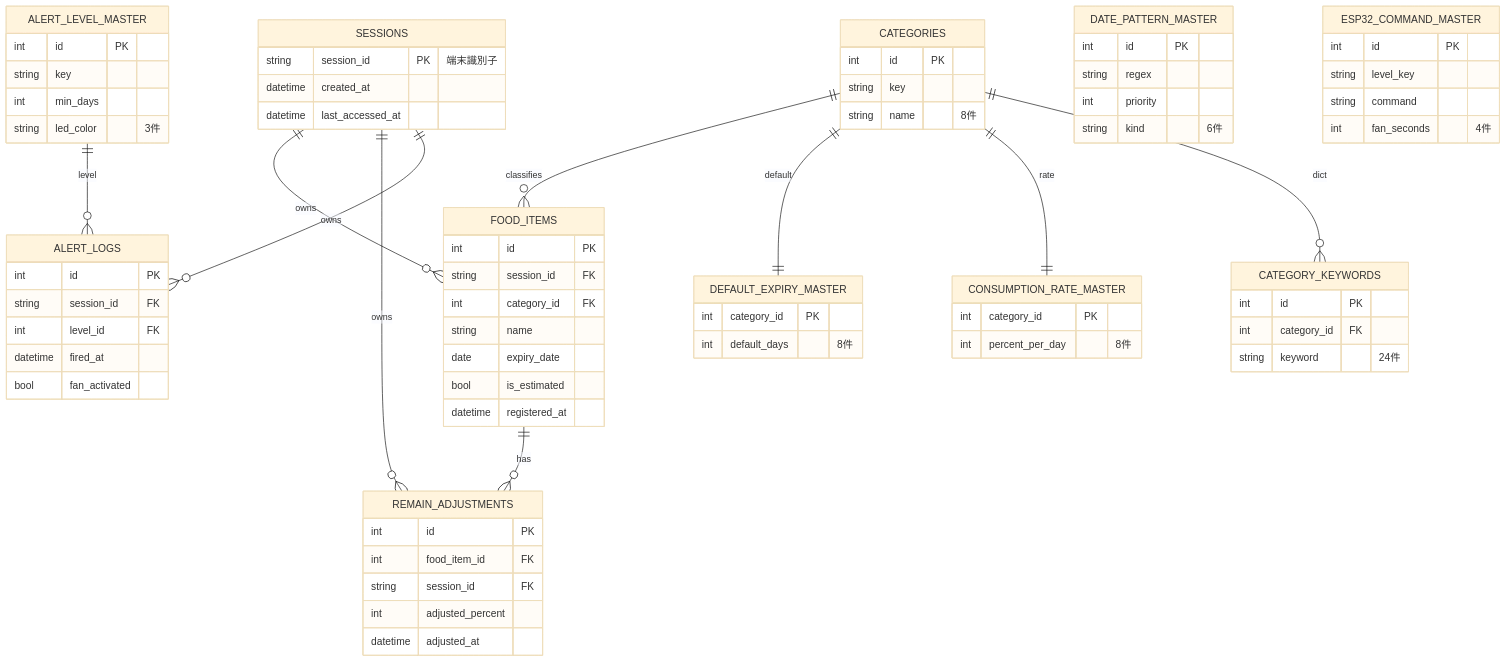
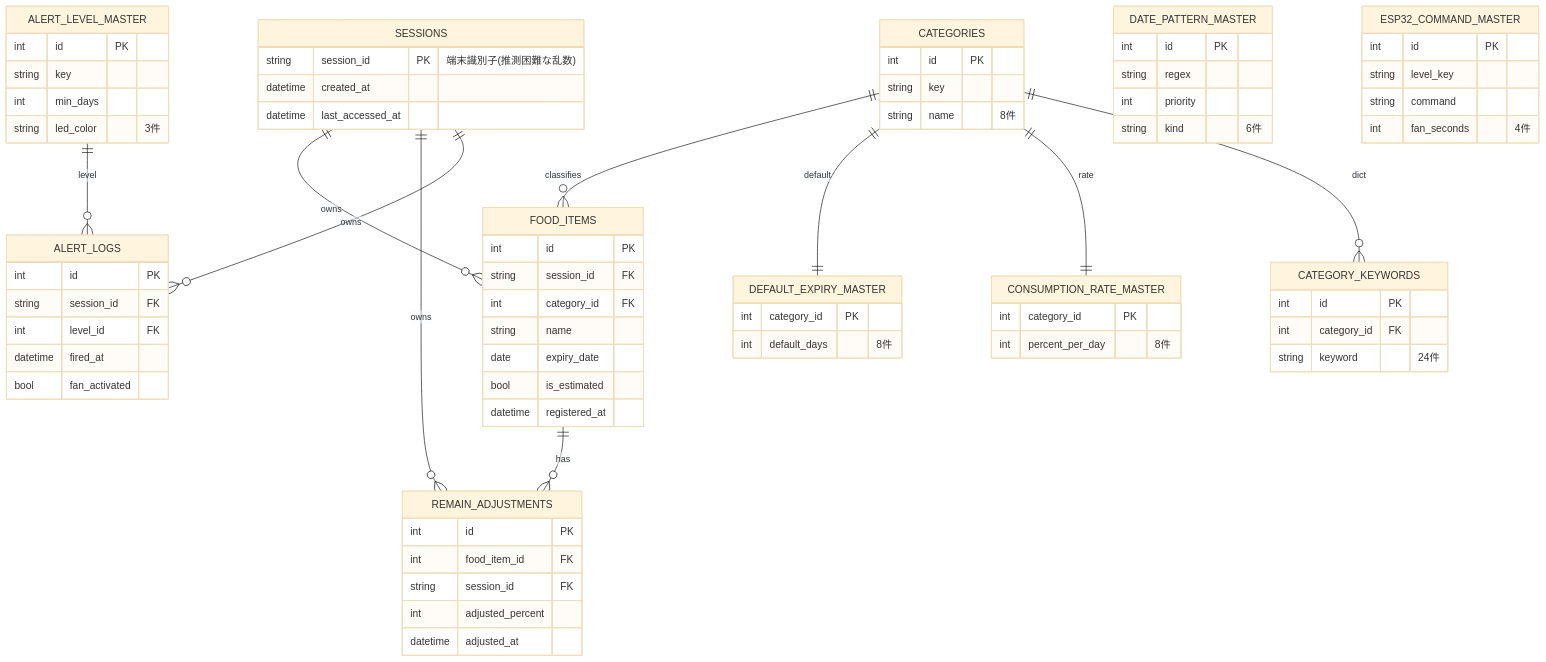
Before and after one commit to rictaworks/fridge-watch-demo: the second of 5 diagrams in SPEC/reverse-engineering.md, drawn with Mermaid (base theme). The commit also changed other lines of this file and 203 other files, not shown here.

````diff
--- a/SPEC/reverse-engineering.md
+++ b/SPEC/reverse-engineering.md
@@ -9,24 +39,24 @@
 ```mermaid
 erDiagram
     SESSIONS ||--o{ FOOD_ITEMS : owns
     SESSIONS ||--o{ REMAIN_ADJUSTMENTS : owns
     SESSIONS ||--o{ ALERT_LOGS : owns
     FOOD_ITEMS ||--o{ REMAIN_ADJUSTMENTS : has
     CATEGORIES ||--o{ FOOD_ITEMS : classifies
     CATEGORIES ||--|| DEFAULT_EXPIRY_MASTER : default
     CATEGORIES ||--|| CONSUMPTION_RATE_MASTER : rate
     CATEGORIES ||--o{ CATEGORY_KEYWORDS : dict
     ALERT_LEVEL_MASTER ||--o{ ALERT_LOGS : level
 
-    SESSIONS { string session_id PK "端末識別子" datetime created_at datetime last_accessed_at }
+    SESSIONS { string session_id PK "端末識別子(推測困難な乱数)" datetime created_at datetime last_accessed_at }
     FOOD_ITEMS { int id PK string session_id FK int category_id FK string name date expiry_date bool is_estimated datetime registered_at }
     REMAIN_ADJUSTMENTS { int id PK int food_item_id FK string session_id FK int adjusted_percent datetime adjusted_at }
     ALERT_LOGS { int id PK string session_id FK int level_id FK datetime fired_at bool fan_activated }
     CATEGORIES { int id PK string key string name "8件" }
     DEFAULT_EXPIRY_MASTER { int category_id PK int default_days "8件" }
     CONSUMPTION_RATE_MASTER { int category_id PK int percent_per_day "8件" }
     CATEGORY_KEYWORDS { int id PK int category_id FK string keyword "24件" }
     DATE_PATTERN_MASTER { int id PK string regex int priority string kind "6件" }
     ALERT_LEVEL_MASTER { int id PK string key int min_days string led_color "3件" }
     ESP32_COMMAND_MASTER { int id PK string level_key string command int fan_seconds "4件" }
 ```
````
